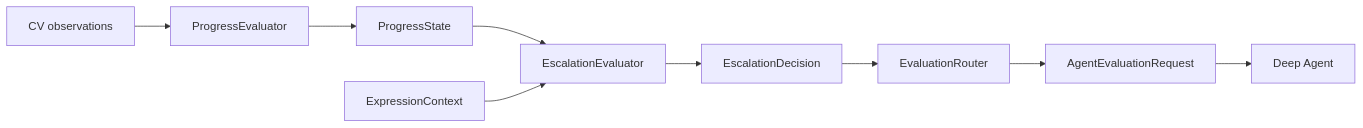
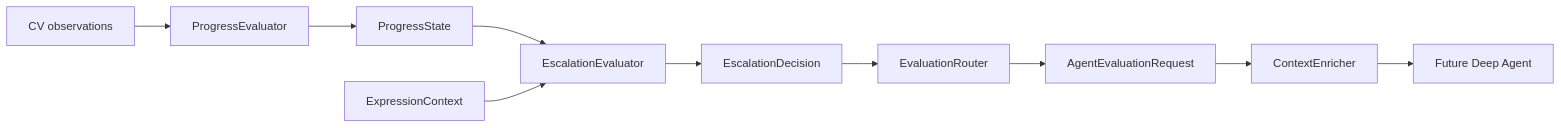
One commit to keithw24/cues changed the diagram in notes/michelle.md. Above: the diagram before and after it, drawn with Mermaid. The commit also changed other lines of this file and 10 other files, not shown here.

````diff
--- a/notes/michelle.md
+++ b/notes/michelle.md
@@ -4,11 +4,12 @@
 ```mermaid
 flowchart LR
     A[CV observations] --> B[ProgressEvaluator]
     B --> C[ProgressState]
     C --> D[EscalationEvaluator]
     E[ExpressionContext] --> D
     D --> F[EscalationDecision]
     F --> G[EvaluationRouter]
     G --> H[AgentEvaluationRequest]
-    H --> I[Deep Agent]
+    H --> J[ContextEnricher]
+    J --> I[Future Deep Agent]
 ```
````
